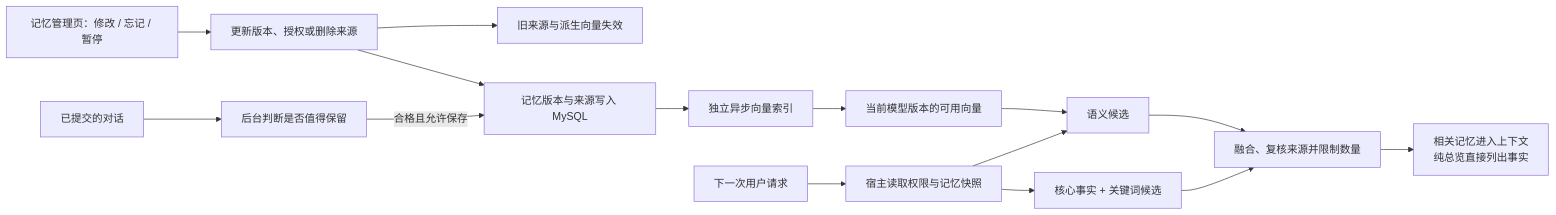
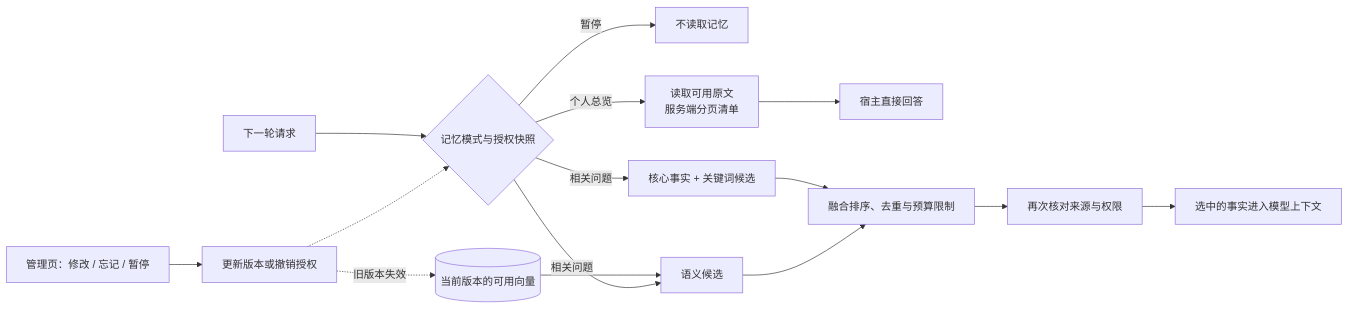
The fifth of 5 diagrams in README.md (NBSW002/Tianmu), drawn with Mermaid before and after one commit. The commit also changed other lines of this file, not shown here.

Commit message:
重画后端与记忆架构图

````diff
--- a/README.md
+++ b/README.md
@@ -195,17 +239,17 @@
 ```mermaid
 flowchart LR
-    A["已提交的对话"] --> B["后台判断是否值得保留"]
-    B -->|合格且允许保存| C["记忆版本与来源写入 MySQL"]
-    C --> D["独立异步向量索引"]
-    D --> E["当前模型版本的可用向量"]
-    F["下一次用户请求"] --> G["宿主读取权限与记忆快照"]
-    G --> H["核心事实 + 关键词候选"]
-    E --> I["语义候选"]
-    G --> I
-    H --> J["融合、复核来源并限制数量"]
-    I --> J
-    J --> K["相关记忆进入上下文<br/>纯总览直接列出事实"]
-    L["记忆管理页：修改 / 忘记 / 暂停"] --> M["更新版本、授权或删除来源"]
-    M --> C
-    M --> N["旧来源与派生向量失效"]
+    Ask["下一轮请求"] --> Guard{"记忆模式与授权快照"}
+    Guard -->|暂停| None["不读取记忆"]
+    Guard -->|个人总览| Overview["读取可用原文<br/>服务端分页清单"]
+    Overview --> Direct["宿主直接回答"]
+    Guard -->|相关问题| Candidates["核心事实 + 关键词候选"]
+    Vector[("当前版本的可用向量")] --> Semantic["语义候选"]
+    Guard -->|相关问题| Semantic
+    Candidates --> Fuse["融合排序、去重与预算限制"]
+    Semantic --> Fuse
+    Fuse --> Recheck["再次核对来源与权限"]
+    Recheck --> Context["选中的事实进入模型上下文"]
+    Manage["管理页：修改 / 忘记 / 暂停"] --> Revision["更新版本或撤销授权"]
+    Revision -.->|旧版本失效| Vector
+    Revision -.-> Guard
 ```
````
